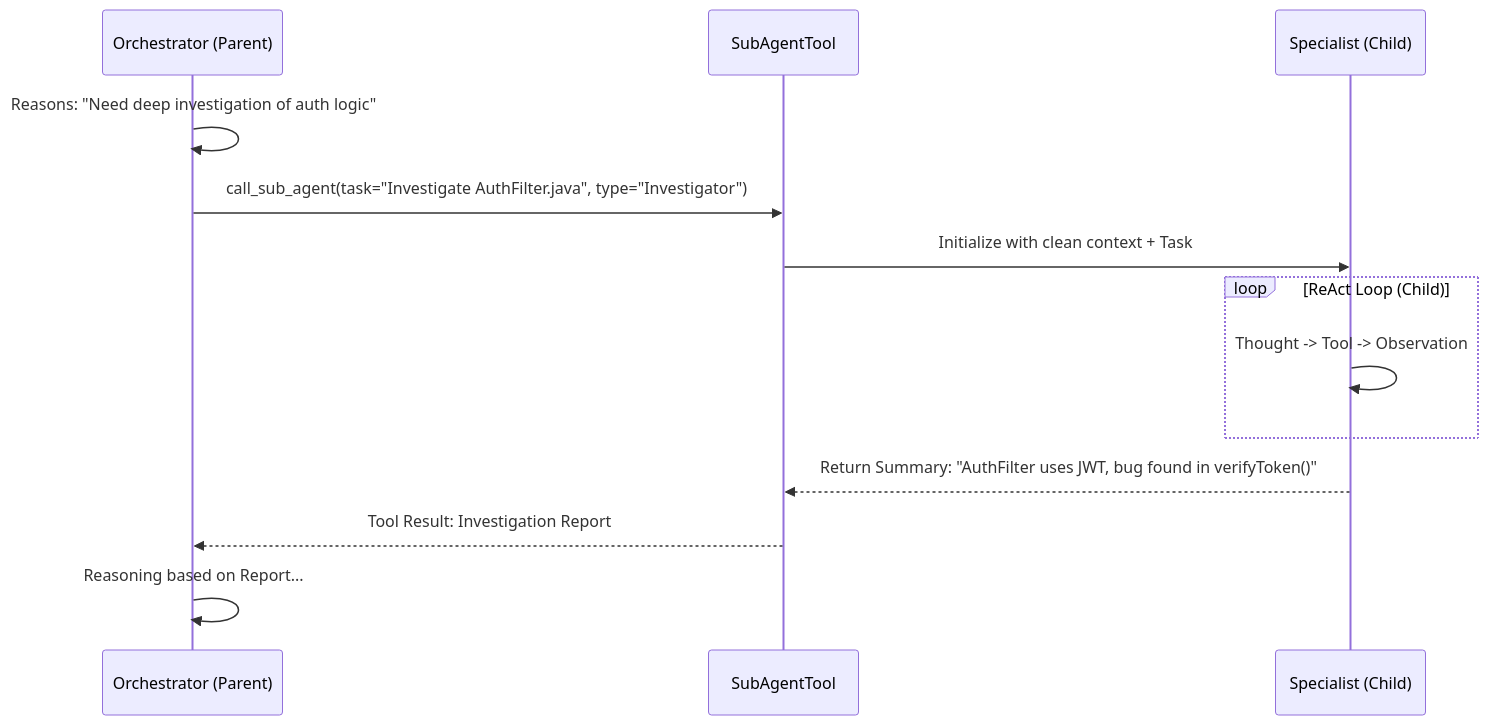
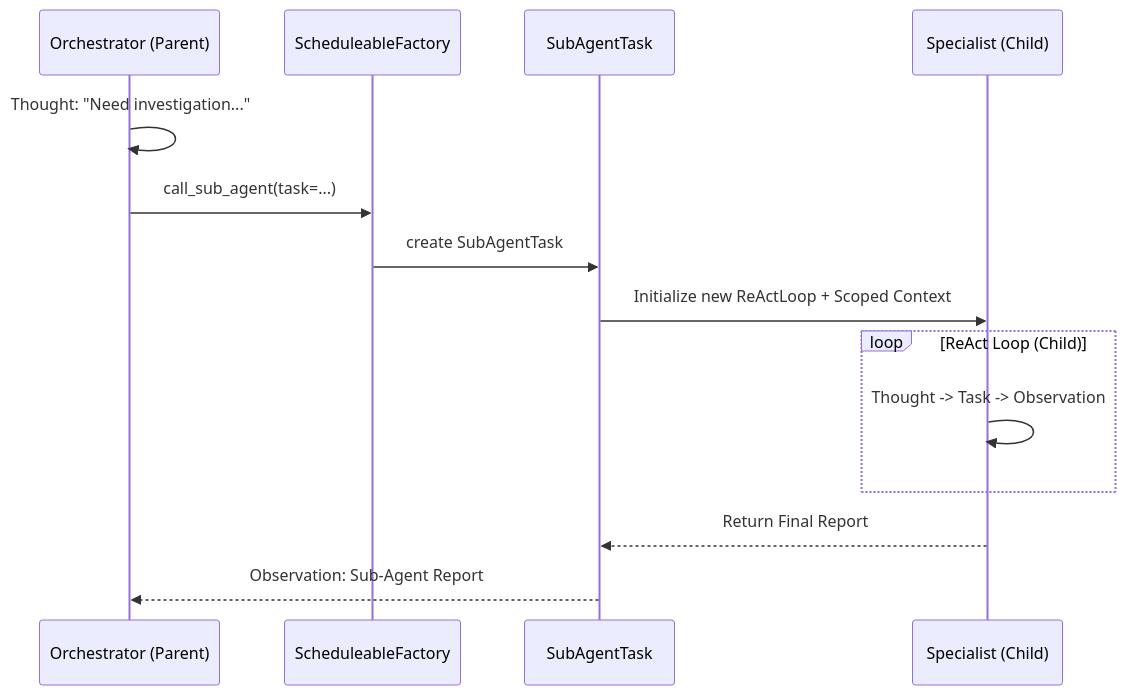
One commit to stream-iori/ganglia changed the diagram in docs/SUB_AGENT_DESIGN.md. Above: the diagram before and after it, drawn with Mermaid. The commit also changed other lines of this file and 52 other files, not shown here.

````diff
--- a/docs/SUB_AGENT_DESIGN.md
+++ b/docs/SUB_AGENT_DESIGN.md
@@ -50,16 +41,17 @@
 ```mermaid
 sequenceDiagram
     participant P as Orchestrator (Parent)
-    participant T as SubAgentTool
+    participant F as ScheduleableFactory
+    participant T as SubAgentTask
     participant C as Specialist (Child)
     
-    P->>P: Reasons: "Need deep investigation of auth logic"
-    P->>T: call_sub_agent(task="Investigate AuthFilter.java", type="Investigator")
-    T->>C: Initialize with clean context + Task
+    P->>P: Thought: "Need investigation..."
+    P->>F: call_sub_agent(task=...)
+    F->>T: create SubAgentTask
+    T->>C: Initialize new ReActLoop + Scoped Context
     loop ReAct Loop (Child)
-        C->>C: Thought -> Tool -> Observation
+        C->>C: Thought -> Task -> Observation
     end
-    C-->>T: Return Summary: "AuthFilter uses JWT, bug found in verifyToken()"
-    T-->>P: Tool Result: Investigation Report
-    P->>P: Reasoning based on Report...
+    C-->>T: Return Final Report
+    T-->>P: Observation: Sub-Agent Report
 ```
````
